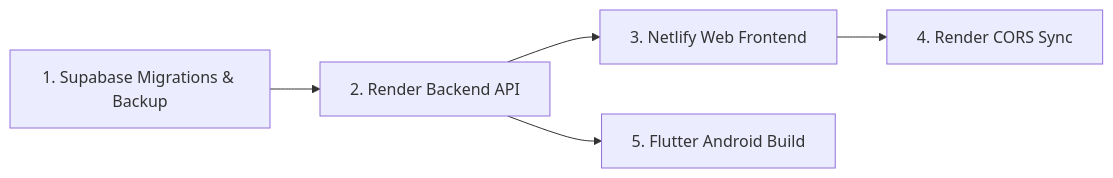
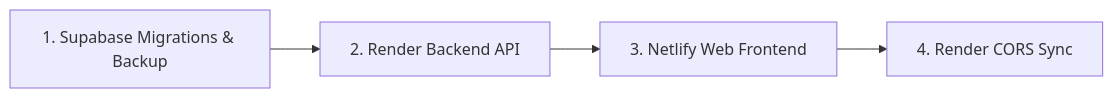
One commit to akifkeklik/book-ai-app changed the diagram in docs/V1_DEPLOYMENT_EXECUTION_CHECKLIST.md. Above: the diagram before and after it, drawn with Mermaid. The commit also changed other lines of this file and 308 other files, not shown here.

First line of the commit message:
refactor!: make Libris web-only and remove learning paths and knowledge graph (#65)

````diff
--- a/docs/V1_DEPLOYMENT_EXECUTION_CHECKLIST.md
+++ b/docs/V1_DEPLOYMENT_EXECUTION_CHECKLIST.md
@@ -25,7 +24,6 @@
 ```mermaid
 graph LR
     A[1. Supabase Migrations & Backup] --> B[2. Render Backend API]
     B --> C[3. Netlify Web Frontend]
     C --> D[4. Render CORS Sync]
-    B --> E[5. Flutter Android Build]
 ```
````
